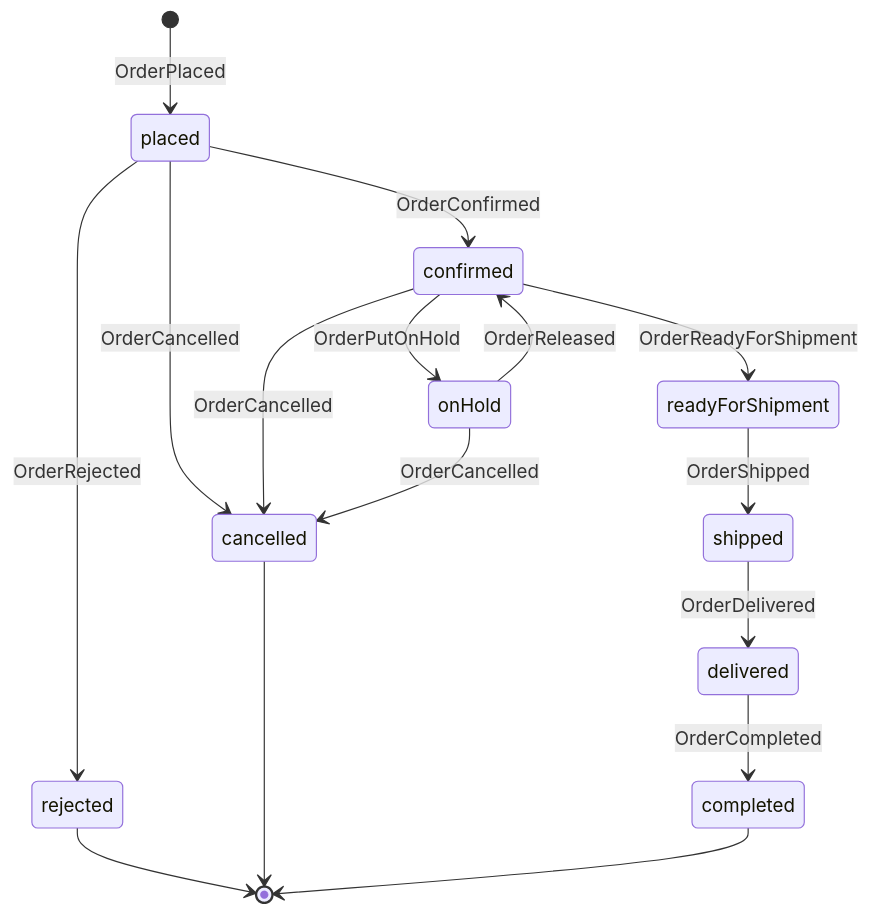
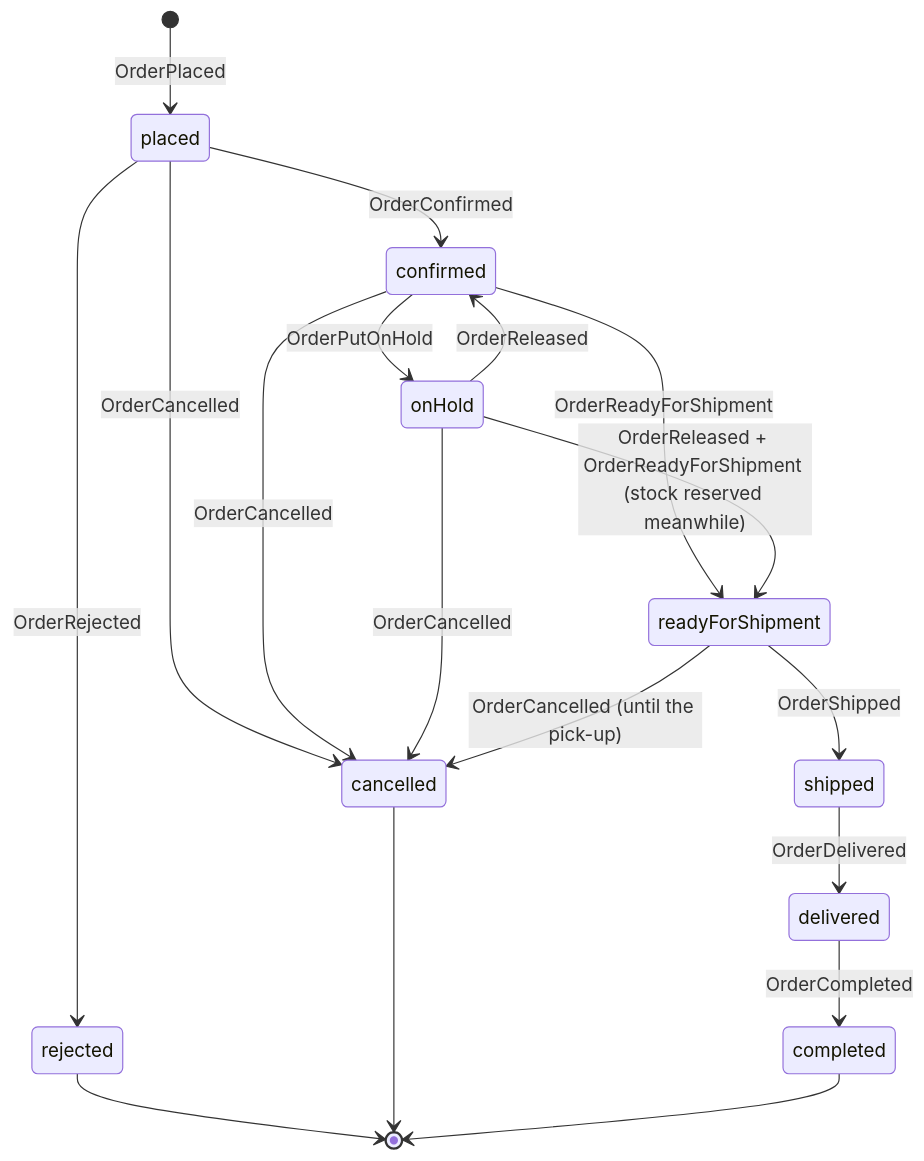
One commit to azure-intelligence-domain/process-api-order changed the sixth of 10 diagrams in README.md. Above: the diagram before and after it, drawn with Mermaid. The commit also changed other lines of this file and 6 other files, not shown here.

First line of the commit message:
The order's references and timeline; cancellation until the pick-up (v1.2.0)

````diff
--- a/README.md
+++ b/README.md
@@ -241,18 +262,20 @@
 ```mermaid
 stateDiagram-v2
     [*] --> placed: OrderPlaced
     placed --> confirmed: OrderConfirmed
     placed --> rejected: OrderRejected
     confirmed --> onHold: OrderPutOnHold
     onHold --> confirmed: OrderReleased
     confirmed --> readyForShipment: OrderReadyForShipment
     readyForShipment --> shipped: OrderShipped
     shipped --> delivered: OrderDelivered
     delivered --> completed: OrderCompleted
     placed --> cancelled: OrderCancelled
     confirmed --> cancelled: OrderCancelled
     onHold --> cancelled: OrderCancelled
+    onHold --> readyForShipment: OrderReleased + OrderReadyForShipment (stock reserved meanwhile)
+    readyForShipment --> cancelled: OrderCancelled (until the pick-up)
     rejected --> [*]
     cancelled --> [*]
     completed --> [*]
 ```
````
